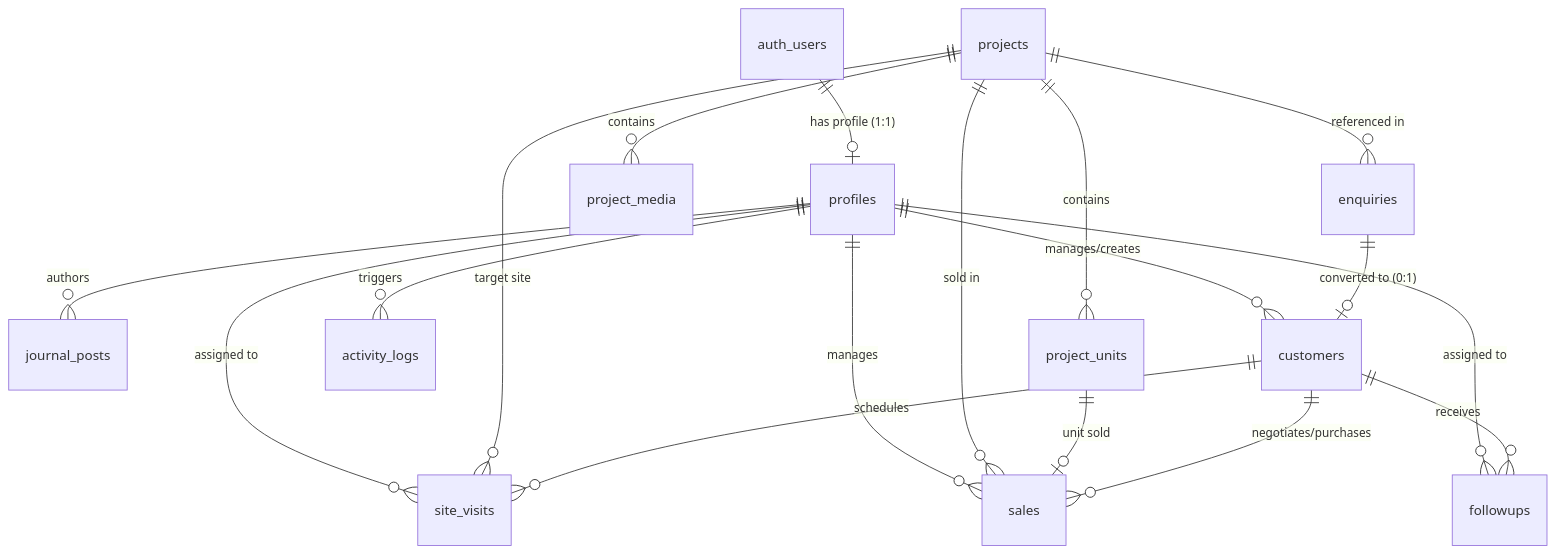
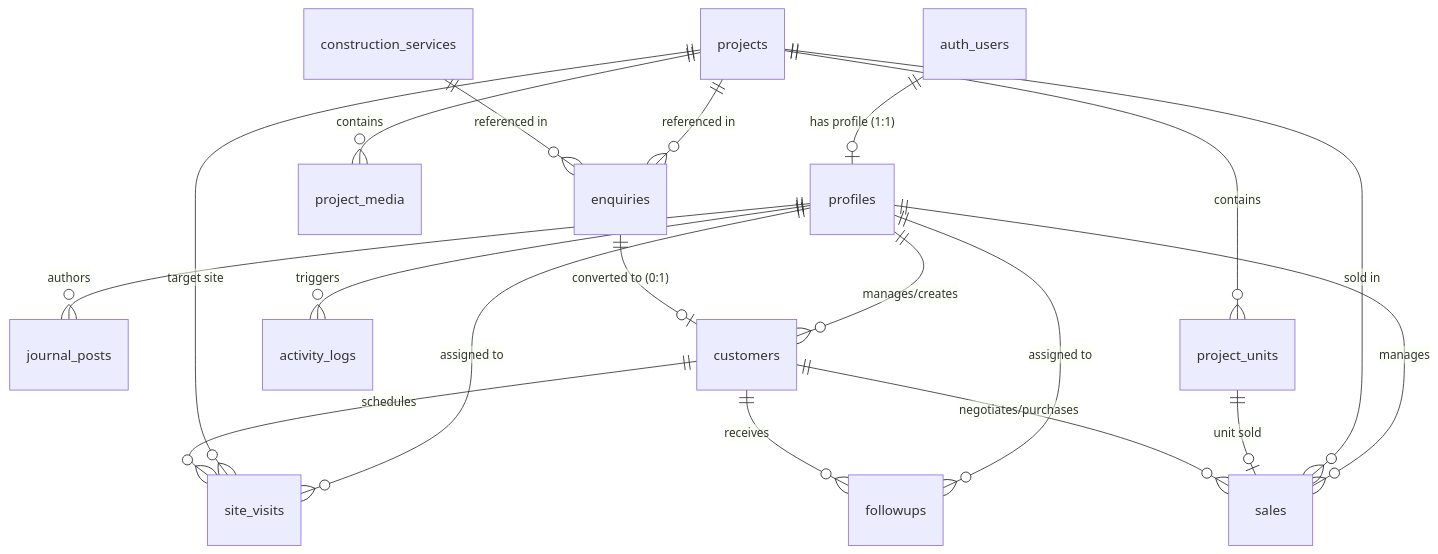
The diagram in docs/database/RELATIONSHIPS.md (Sanjayram3269/viruksham-estates), drawn with Mermaid before and after one commit. The commit also changed other lines of this file and 5 other files, not shown here.

Commit message:
docs: harden Phase 1A database schema design, security RLS, and construction modeling

````diff
--- a/docs/database/RELATIONSHIPS.md
+++ b/docs/database/RELATIONSHIPS.md
@@ -5,24 +5,26 @@
 ```mermaid
 erDiagram
     auth_users ||--o| profiles : "has profile (1:1)"
     profiles ||--o{ journal_posts : "authors"
     profiles ||--o{ customers : "manages/creates"
     profiles ||--o{ site_visits : "assigned to"
     profiles ||--o{ sales : "manages"
     profiles ||--o{ followups : "assigned to"
     profiles ||--o{ activity_logs : "triggers"
 
     projects ||--o{ project_media : "contains"
     projects ||--o{ project_units : "contains"
     projects ||--o{ enquiries : "referenced in"
     projects ||--o{ site_visits : "target site"
     projects ||--o{ sales : "sold in"
 
+    construction_services ||--o{ enquiries : "referenced in"
+
     project_units ||--o| sales : "unit sold"
 
     enquiries ||--o| customers : "converted to (0:1)"
 
     customers ||--o{ site_visits : "schedules"
     customers ||--o{ sales : "negotiates/purchases"
     customers ||--o{ followups : "receives"
 ```
````
